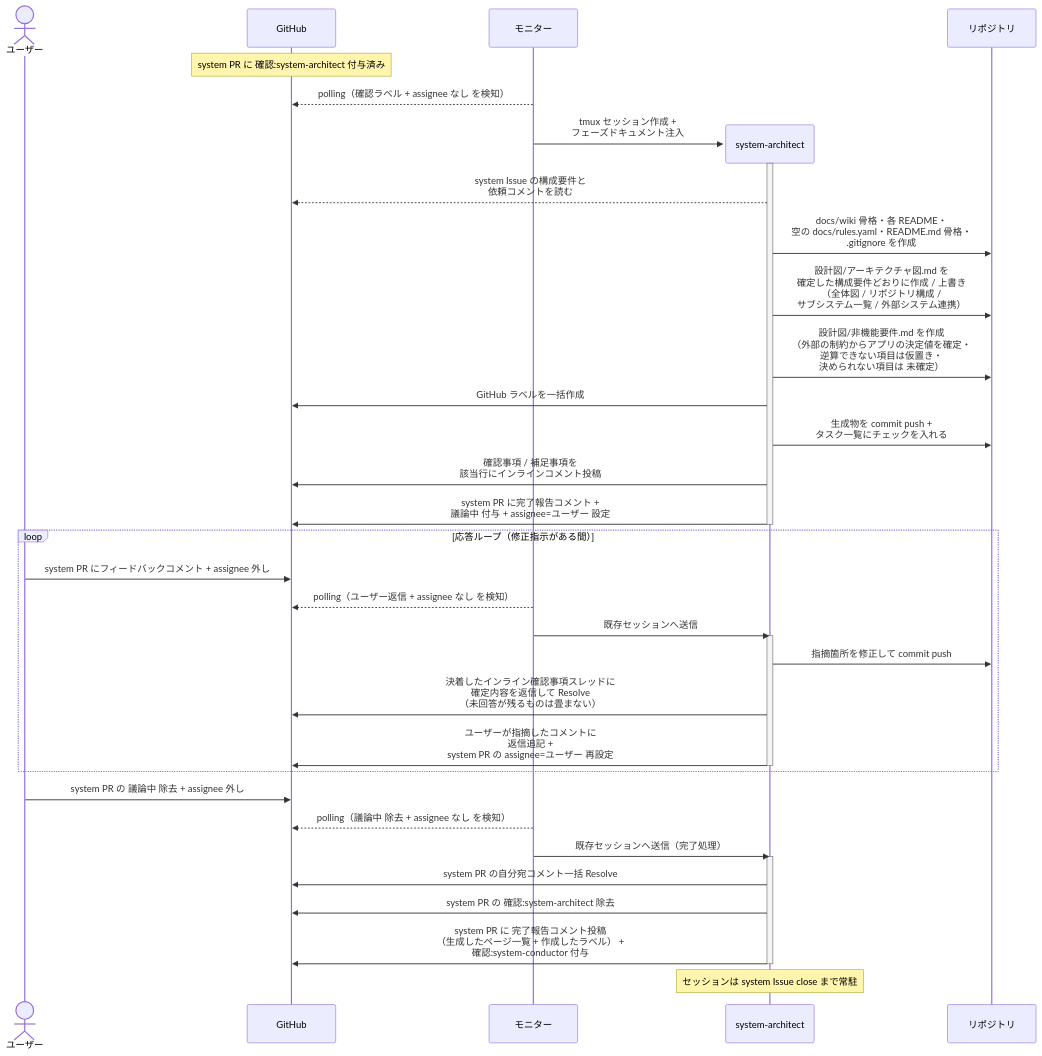
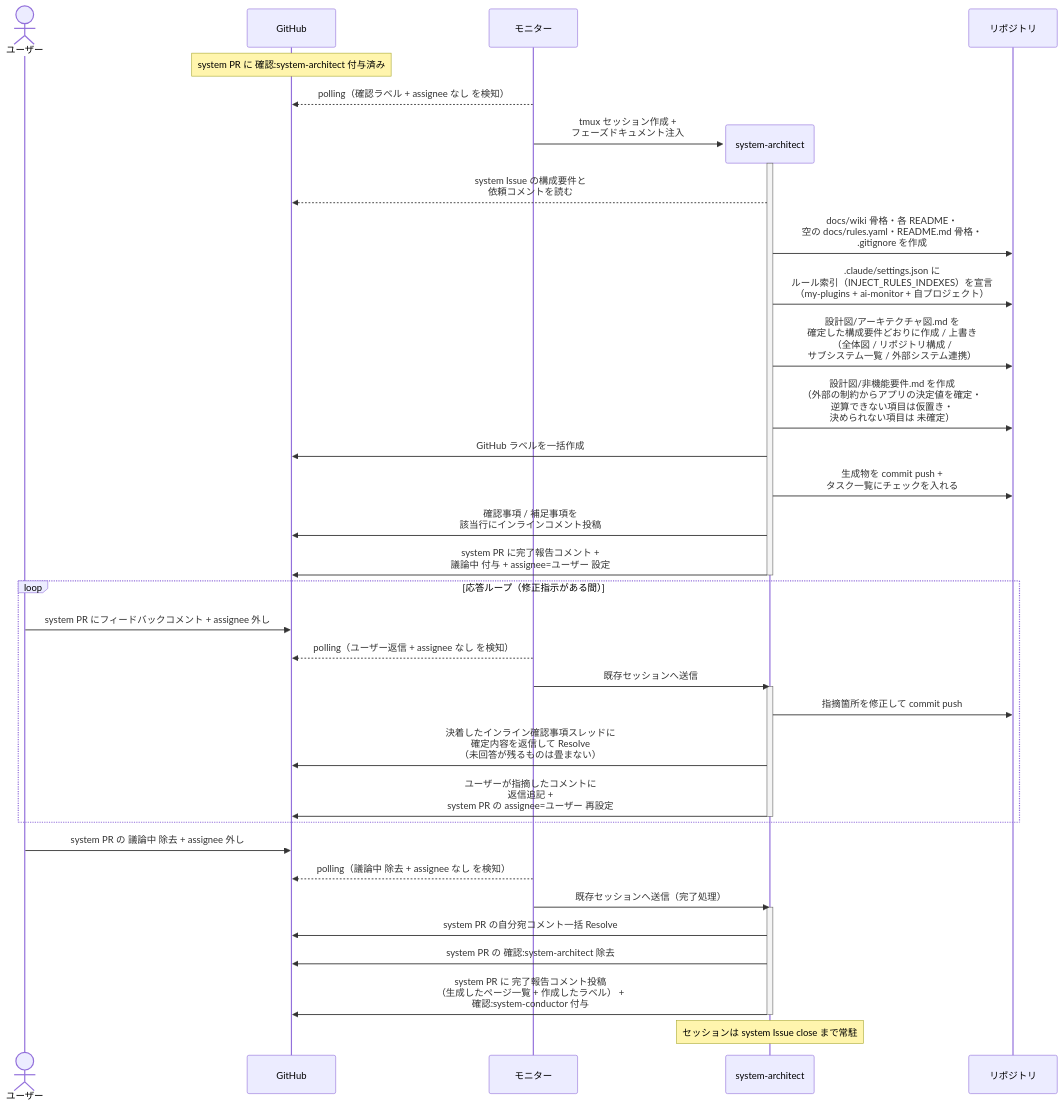
The diagram in docs/wiki/設計図/シナリオ/単一ユースケース/システム土台生成.md (shuhei1101/ai-monitor), drawn with Mermaid before and after one commit. The commit also changed other lines of this file and 5 other files, not shown here.

````diff
--- a/docs/wiki/設計図/シナリオ/単一ユースケース/システム土台生成.md
+++ b/docs/wiki/設計図/シナリオ/単一ユースケース/システム土台生成.md
@@ -29,43 +29,44 @@
 ```mermaid
 sequenceDiagram
   actor U as ユーザー
   participant GH as GitHub
   participant ORC as モニター
 
   Note over GH: system PR に 確認:system-architect 付与済み
   ORC-->>GH: polling（確認ラベル + assignee なし を検知）
   create participant MON as system-architect
   ORC->>MON: tmux セッション作成 +<br>フェーズドキュメント注入
   activate MON
   participant REPO as リポジトリ
   MON-->>GH: system Issue の構成要件と<br>依頼コメントを読む
   MON->>REPO: docs/wiki 骨格・各 README・<br>空の docs/rules.yaml・README.md 骨格・<br>.gitignore を作成
+  MON->>REPO: .claude/settings.json に<br>ルール索引（INJECT_RULES_INDEXES）を宣言<br>（my-plugins + ai-monitor + 自プロジェクト）
   MON->>REPO: 設計図/アーキテクチャ図.md を<br>確定した構成要件どおりに作成 / 上書き<br>（全体図 / リポジトリ構成 /<br>サブシステム一覧 / 外部システム連携）
   MON->>REPO: 設計図/非機能要件.md を作成<br>（外部の制約からアプリの決定値を確定・<br>逆算できない項目は仮置き・<br>決められない項目は 未確定）
   MON->>GH: GitHub ラベルを一括作成
   MON->>REPO: 生成物を commit push +<br>タスク一覧にチェックを入れる
   MON->>GH: 確認事項 / 補足事項を<br>該当行にインラインコメント投稿
   MON->>GH: system PR に完了報告コメント +<br>議論中 付与 + assignee=ユーザー 設定
   deactivate MON
 
   loop 応答ループ（修正指示がある間）
     U->>GH: system PR にフィードバックコメント + assignee 外し
     ORC-->>GH: polling（ユーザー返信 + assignee なし を検知）
     ORC->>MON: 既存セッションへ送信
     activate MON
     MON->>REPO: 指摘箇所を修正して commit push
     MON->>GH: 決着したインライン確認事項スレッドに<br>確定内容を返信して Resolve<br>（未回答が残るものは畳まない）
     MON->>GH: ユーザーが指摘したコメントに<br>返信追記 +<br>system PR の assignee=ユーザー 再設定
     deactivate MON
   end
 
   U->>GH: system PR の 議論中 除去 + assignee 外し
   ORC-->>GH: polling（議論中 除去 + assignee なし を検知）
   ORC->>MON: 既存セッションへ送信（完了処理）
   activate MON
   MON->>GH: system PR の自分宛コメント一括 Resolve
   MON->>GH: system PR の 確認:system-architect 除去
   MON->>GH: system PR に 完了報告コメント投稿<br>（生成したページ一覧 + 作成したラベル） +<br>確認:system-conductor 付与
   deactivate MON
   Note over MON: セッションは system Issue close まで常駐
 ```
````
